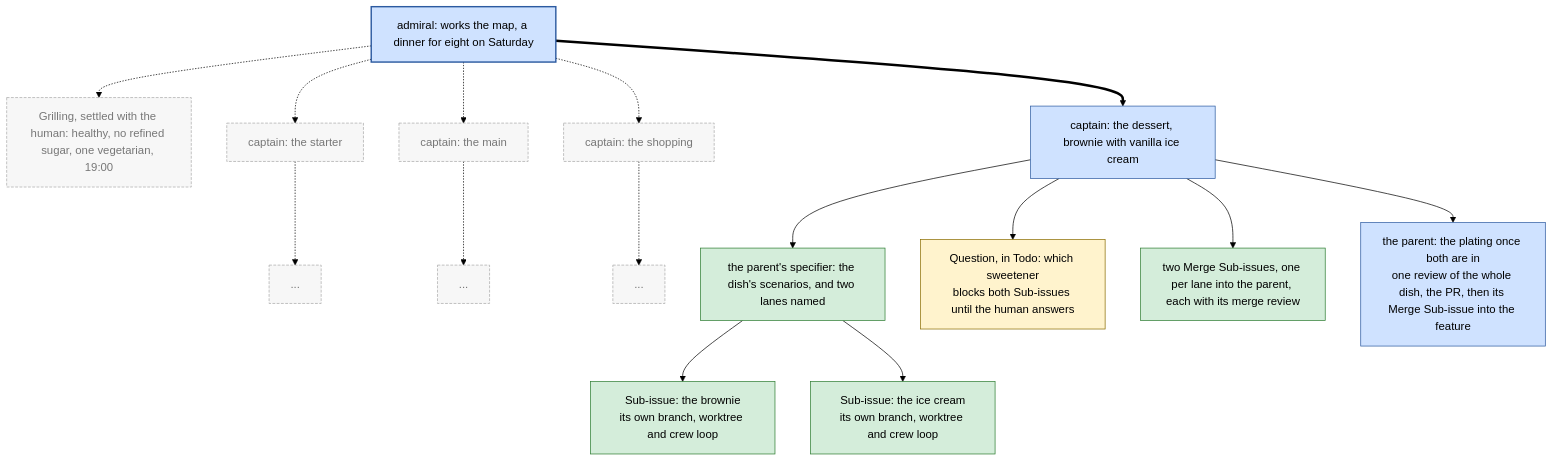
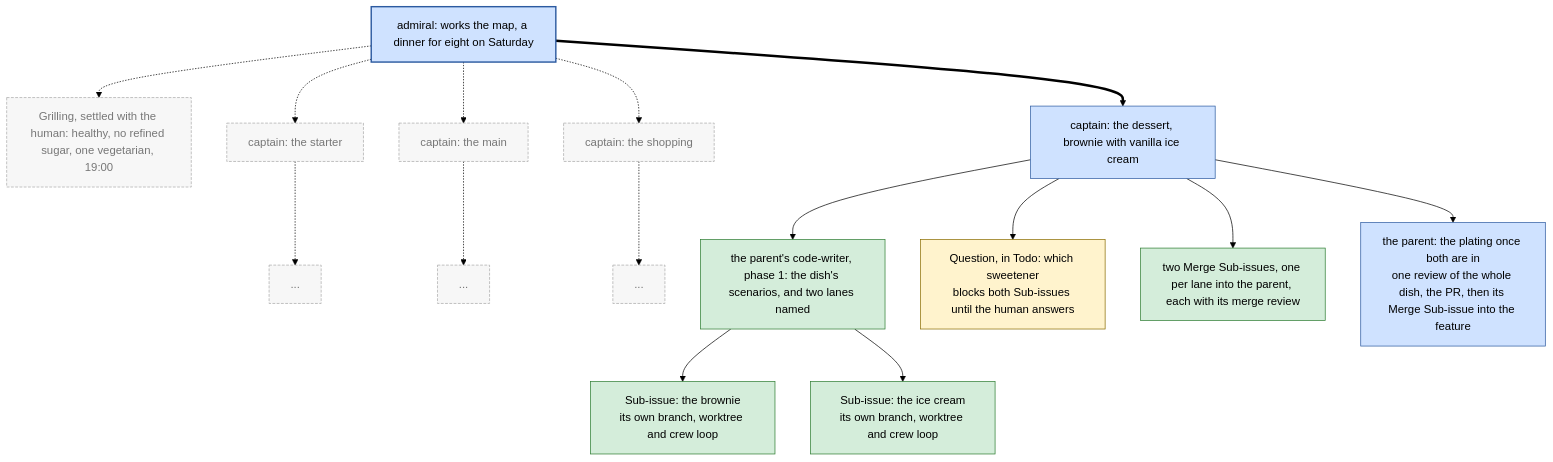
The third of 12 diagrams in dydo/understand/control-flow.md (bodnarbalazs/dydo), drawn with Mermaid (forest theme) before and after one commit. The commit also changed other lines of this file and 43 other files, not shown here.

First line of the commit message:
DYD-222 implement: consolidate specifier, implementer and hardener into one code-writer skill

````diff
--- a/dydo/understand/control-flow.md
+++ b/dydo/understand/control-flow.md
@@ -169,24 +165,24 @@
 ```mermaid
 flowchart TD
   classDef admiral fill:#cfe2ff,stroke:#2c5aa0,stroke-width:2px,color:#000
   classDef captain fill:#cfe2ff,stroke:#2c5aa0,color:#000
   classDef lane fill:#d4edda,stroke:#2e7d32,color:#000
   classDef way fill:#fff3cd,stroke:#8a6d00,color:#000
   classDef ghost fill:#f7f7f7,stroke:#aaa,color:#777,stroke-dasharray:4 2
 
   AD[admiral: works the map, a dinner for eight on Saturday]:::admiral
   AD -.-> G[Grilling, settled with the human: healthy, no refined sugar, one vegetarian, 19:00]:::ghost
   AD -.-> C1[captain: the starter]:::ghost
   AD -.-> C2[captain: the main]:::ghost
   AD ==> C3[captain: the dessert, brownie with vanilla ice cream]:::captain
   AD -.-> C4[captain: the shopping]:::ghost
   C1 -.-> P1[...]:::ghost
   C2 -.-> P2[...]:::ghost
   C4 -.-> P4[...]:::ghost
-  C3 --> S[the parent's specifier: the dish's scenarios, and two lanes named]:::lane
+  C3 --> S[the parent's code-writer, phase 1: the dish's scenarios, and two lanes named]:::lane
   S --> L1[Sub-issue: the brownie<br>its own branch, worktree and crew loop]:::lane
   S --> L2[Sub-issue: the ice cream<br>its own branch, worktree and crew loop]:::lane
   C3 --> Q[Question, in Todo: which sweetener<br>blocks both Sub-issues until the human answers]:::way
   C3 --> M[two Merge Sub-issues, one per lane into the parent, each with its merge review]:::lane
   C3 --> W[the parent: the plating once both are in<br>one review of the whole dish, the PR, then its Merge Sub-issue into the feature]:::captain
 ```
````
